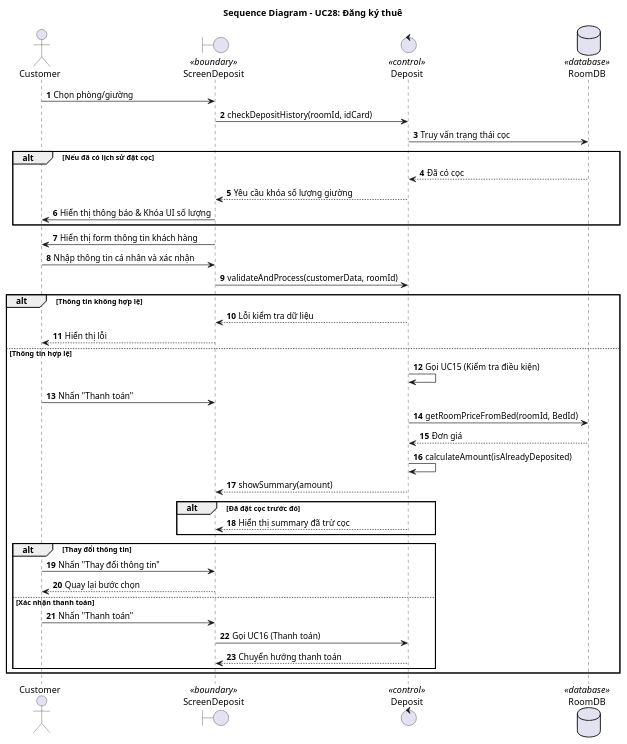
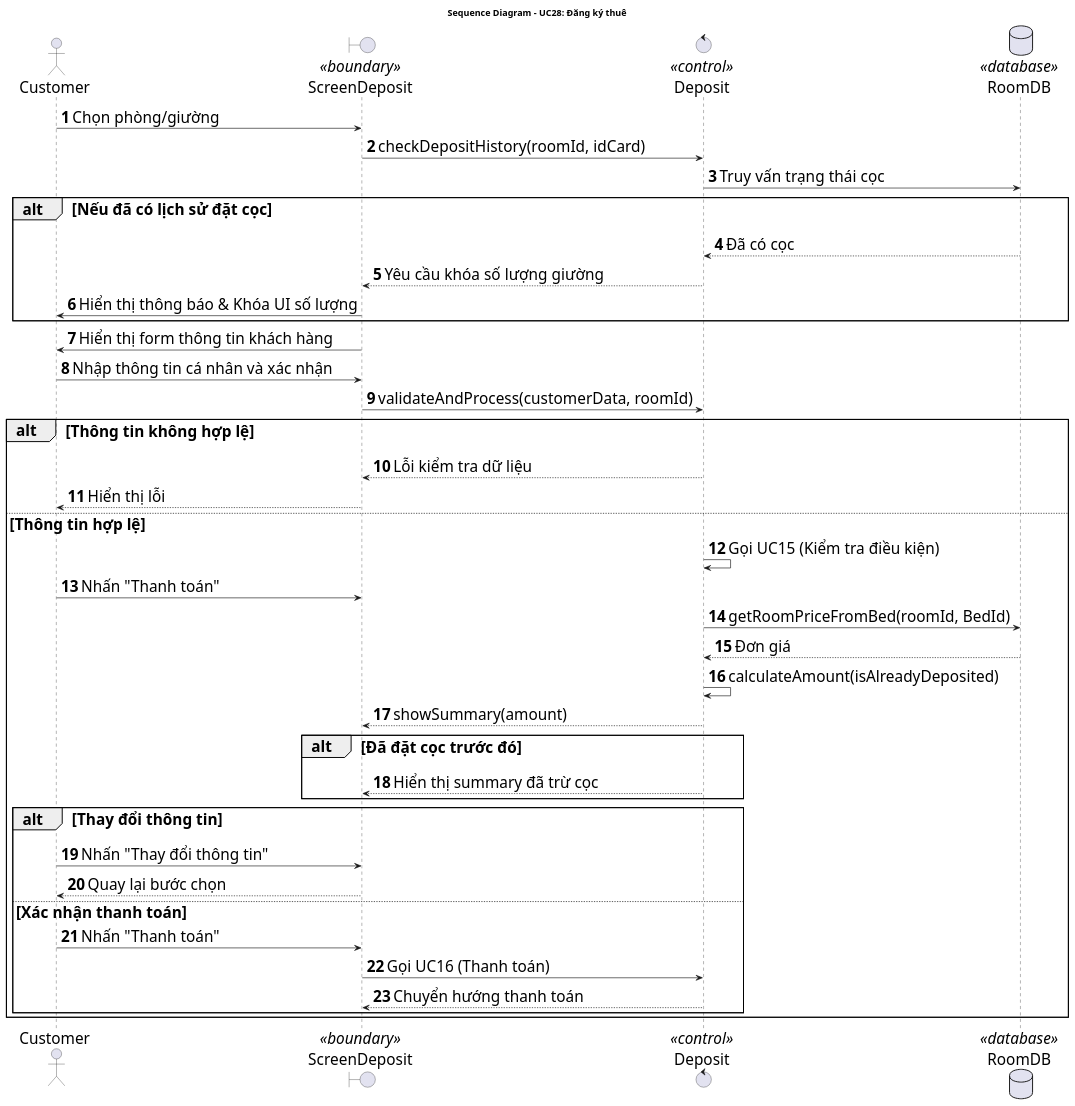
One commit to Gnourt812005/HCMUS-Analyze-and-desgin-IS changed the diagram in doc/system/dang_ky_thue/DangKythue_SequenceDiagram.wsd. Above: the diagram before and after it, drawn with PlantUML.

Commit message:
bao/sequence: align size for sequence digram DangKyThue

```diff
--- a/doc/system/dang_ky_thue/DangKythue_SequenceDiagram.wsd
+++ b/doc/system/dang_ky_thue/DangKythue_SequenceDiagram.wsd
@@ -1,54 +1,58 @@
 @startuml DangKyThue_SequenceDiagram
+
+skinparam {
+    DefaultFontSize 24
+}
 
 title Sequence Diagram - UC28: Đăng ký thuê
 
 autonumber
 
 actor "Customer" as Actor
 boundary "ScreenDeposit" as GUI <<boundary>>
 control "Deposit" as BUS <<control>>
 database "RoomDB" as DB <<database>>
 
 Actor -> GUI : Chọn phòng/giường
 GUI -> BUS : checkDepositHistory(roomId, idCard)
 BUS -> DB : Truy vấn trạng thái cọc
 
 alt Nếu đã có lịch sử đặt cọc
     DB --> BUS : Đã có cọc
     BUS --> GUI : Yêu cầu khóa số lượng giường
     GUI -> Actor : Hiển thị thông báo & Khóa UI số lượng
 end
 
 GUI -> Actor : Hiển thị form thông tin khách hàng
 Actor -> GUI : Nhập thông tin cá nhân và xác nhận
 GUI -> BUS : validateAndProcess(customerData, roomId)
 
 alt Thông tin không hợp lệ
     BUS --> GUI : Lỗi kiểm tra dữ liệu
     GUI --> Actor : Hiển thị lỗi
 
 else Thông tin hợp lệ
     BUS -> BUS : Gọi UC15 (Kiểm tra điều kiện)
     Actor -> GUI : Nhấn "Thanh toán"
     BUS -> DB : getRoomPriceFromBed(roomId, BedId)
     DB --> BUS : Đơn giá
 
     BUS -> BUS : calculateAmount(isAlreadyDeposited)
     BUS --> GUI : showSummary(amount)
 
     alt Đã đặt cọc trước đó
         BUS --> GUI : Hiển thị summary đã trừ cọc
     end
 
     alt Thay đổi thông tin
         Actor -> GUI : Nhấn "Thay đổi thông tin"
         GUI --> Actor : Quay lại bước chọn
     else Xác nhận thanh toán
         Actor -> GUI : Nhấn "Thanh toán"
         GUI -> BUS : Gọi UC16 (Thanh toán)
         BUS --> GUI : Chuyển hướng thanh toán
     end
 
 end
 
 @enduml
```
